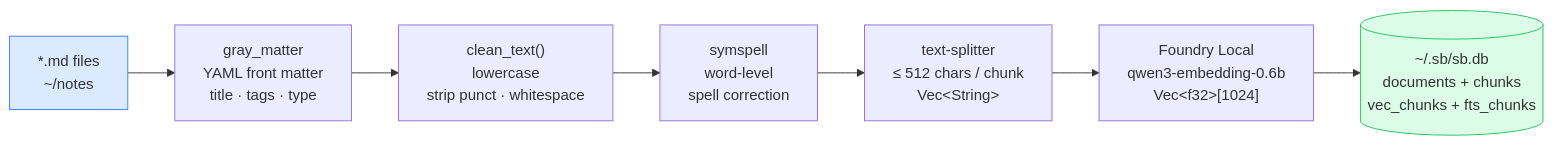
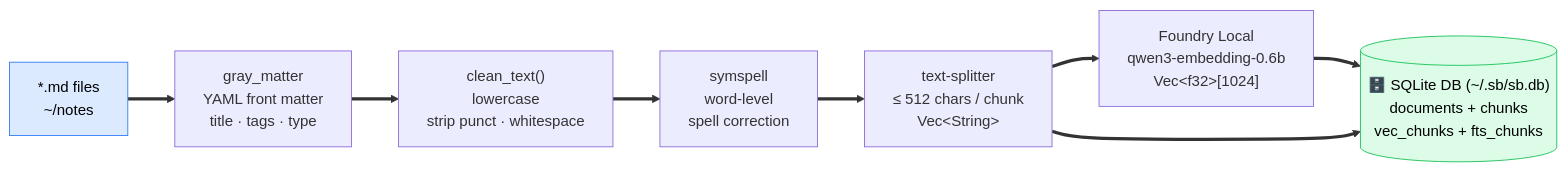
Before and after one commit to DevPartner/second-brain-cli: the fifth of 11 diagrams in docs/architecture.md, drawn with Mermaid. The commit also changed other lines of this file, not shown here.

````diff
--- a/docs/architecture.md
+++ b/docs/architecture.md
@@ -133,26 +121,16 @@
 ```mermaid
 flowchart LR
-    MD["*.md files
-    ~/notes"]
-    --> FM["gray_matter
-    YAML front matter
-    title · tags · type"]
-    --> CLN["clean_text()
-    lowercase
-    strip punct · whitespace"]
-    --> SPL["symspell
-    word-level
-    spell correction"]
-    --> CHK["text-splitter
-    ≤ 512 chars / chunk
-    Vec&lt;String&gt;"]
-    --> EMB["Foundry Local
-    qwen3-embedding-0.6b
-    Vec&lt;f32&gt;[1024]"]
-    --> DB[("~/.sb/sb.db
-    documents + chunks
-    vec_chunks + fts_chunks")]
+    MD["*.md files <br/> ~/notes"]
+    YAML["gray_matter<br/> YAML front matter <br/> title · tags · type"]
+    Clean["clean_text() <br/> lowercase <br/> strip punct · whitespace"]
+    Spell["symspell <br/> word-level <br/>  spell correction"]
+    Split["text-splitter <br/> ≤ 512 chars / chunk <br/> Vec&lt;String&gt;"]
+    Embed_Model["Foundry Local <br/> qwen3-embedding-0.6b <br/> Vec&lt;f32&gt;[1024]"]
+    DB[("🗄️ SQLite DB (~/.sb/sb.db) <br/> documents + chunks <br/> vec_chunks + fts_chunks")]
 
-    style MD fill:#dbeafe,stroke:#3b82f6
-    style DB fill:#dcfce7,stroke:#22c55e
+    MD ==> YAML ==> Clean ==> Spell ==> Split ==> Embed_Model ==> DB
+    Split ==> DB
+
+    style MD fill:#dbeafe,stroke:#3b82f6,color:#000000
+    style DB fill:#dcfce7,stroke:#22c55e,color:#000000
 ```
````
